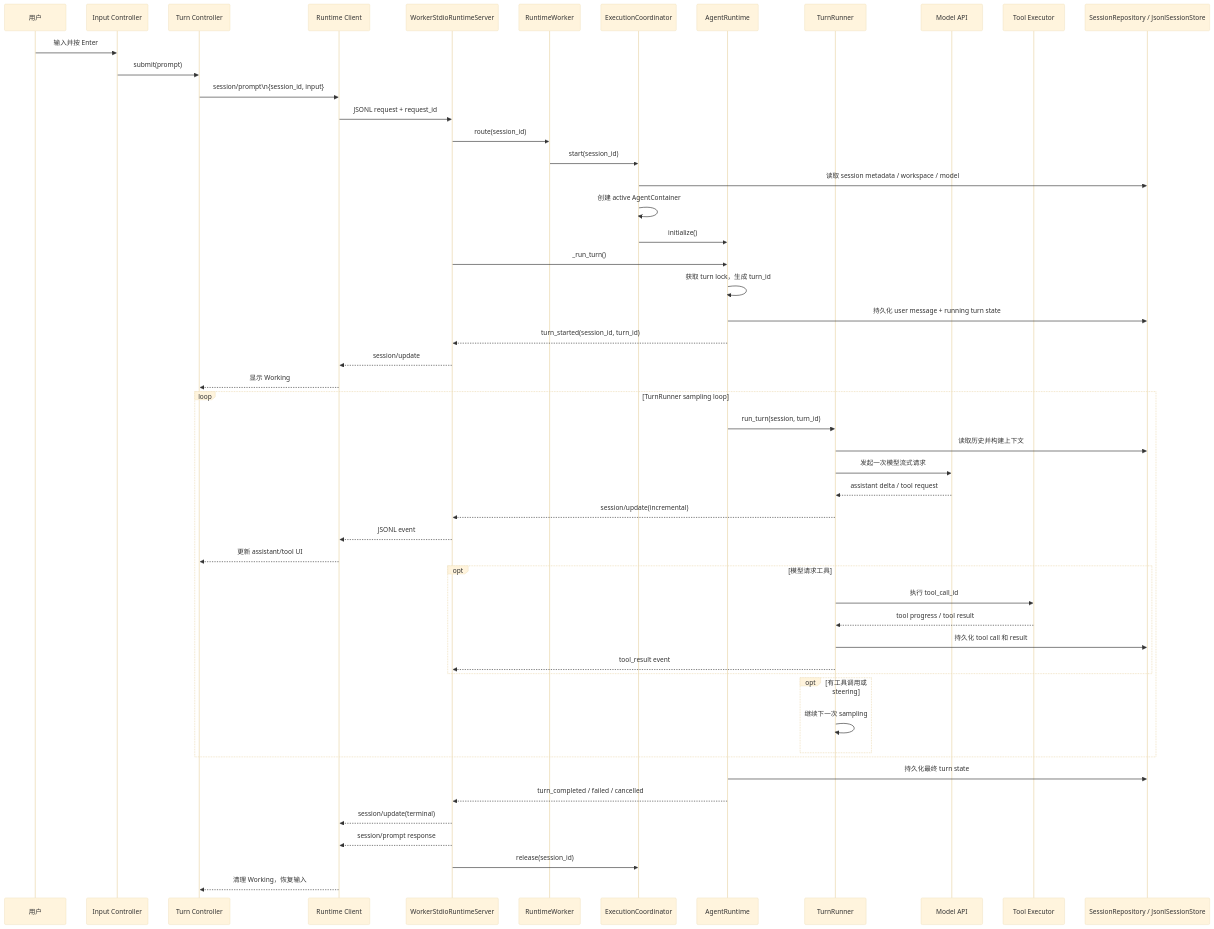
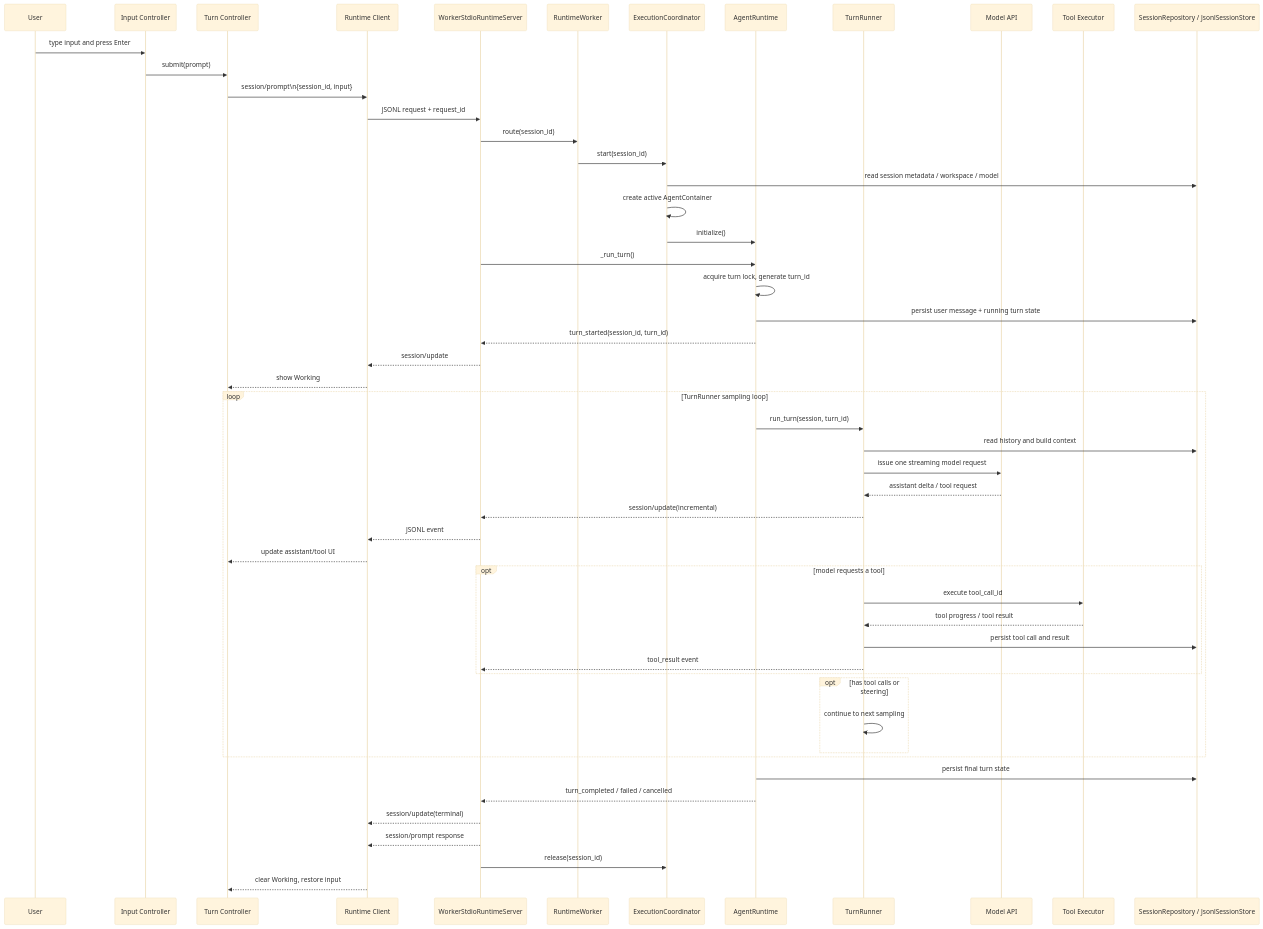
One commit to Azzurroooo/rind changed the fourth of 8 diagrams in docs/cli-turn-flow.md. Above: the diagram before and after it, drawn with Mermaid (base theme). The commit also changed other lines of this file and 104 other files, not shown here.

````diff
--- a/docs/cli-turn-flow.md
+++ b/docs/cli-turn-flow.md
@@ -153,59 +153,59 @@
 ```mermaid
 sequenceDiagram
-    participant U as 用户
+    participant U as User
     participant I as Input Controller
     participant T as Turn Controller
     participant C as Runtime Client
     participant S as WorkerStdioRuntimeServer
     participant W as RuntimeWorker
     participant E as ExecutionCoordinator
     participant A as AgentRuntime
     participant R as TurnRunner
     participant M as Model API
     participant X as Tool Executor
     participant H as SessionRepository / JsonlSessionStore
 
-    U->>I: 输入并按 Enter
+    U->>I: type input and press Enter
     I->>T: submit(prompt)
     T->>C: session/prompt\n{session_id, input}
     C->>S: JSONL request + request_id
     S->>W: route(session_id)
     W->>E: start(session_id)
-    E->>H: 读取 session metadata / workspace / model
-    E->>E: 创建 active AgentContainer
+    E->>H: read session metadata / workspace / model
+    E->>E: create active AgentContainer
     E->>A: initialize()
     S->>A: _run_turn()
-    A->>A: 获取 turn lock，生成 turn_id
-    A->>H: 持久化 user message + running turn state
+    A->>A: acquire turn lock, generate turn_id
+    A->>H: persist user message + running turn state
     A-->>S: turn_started(session_id, turn_id)
     S-->>C: session/update
-    C-->>T: 显示 Working
+    C-->>T: show Working
 
     loop TurnRunner sampling loop
         A->>R: run_turn(session, turn_id)
-        R->>H: 读取历史并构建上下文
-        R->>M: 发起一次模型流式请求
+        R->>H: read history and build context
+        R->>M: issue one streaming model request
         M-->>R: assistant delta / tool request
         R-->>S: session/update(incremental)
         S-->>C: JSONL event
-        C-->>T: 更新 assistant/tool UI
+        C-->>T: update assistant/tool UI
 
-        opt 模型请求工具
-            R->>X: 执行 tool_call_id
+        opt model requests a tool
+            R->>X: execute tool_call_id
             X-->>R: tool progress / tool result
-            R->>H: 持久化 tool call 和 result
+            R->>H: persist tool call and result
             R-->>S: tool_result event
         end
 
-        opt 有工具调用或 steering
-            R->>R: 继续下一次 sampling
+        opt has tool calls or steering
+            R->>R: continue to next sampling
         end
     end
 
-    A->>H: 持久化最终 turn state
+    A->>H: persist final turn state
     A-->>S: turn_completed / failed / cancelled
     S-->>C: session/update(terminal)
     S-->>C: session/prompt response
     S->>E: release(session_id)
-    C-->>T: 清理 Working，恢复输入
+    C-->>T: clear Working, restore input
 ```
````
